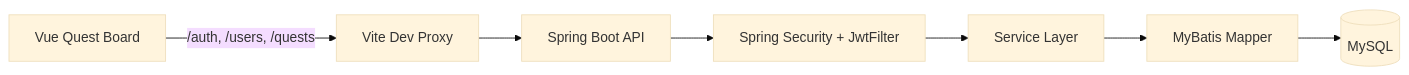
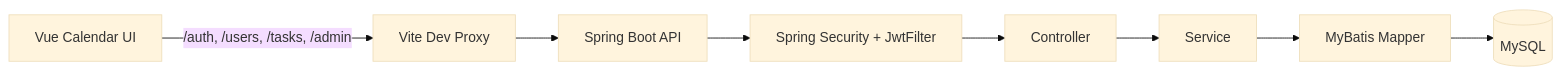
Before and after one commit to yonghuun/spring-toy-backend: the first of 3 diagrams in README.md, drawn with Mermaid (base theme). The commit also changed other lines of this file, not shown here.

Commit message:
docs: update README for task calendar API

````diff
--- a/README.md
+++ b/README.md
@@ -21,9 +20,10 @@
 ```mermaid
 flowchart LR
-    Browser[Vue Quest Board] -->|/auth, /users, /quests| Vite[Vite Dev Proxy]
+    Browser[Vue Calendar UI] -->|/auth, /users, /tasks, /admin| Vite[Vite Dev Proxy]
     Vite --> Spring[Spring Boot API]
     Spring --> Security[Spring Security + JwtFilter]
-    Security --> Service[Service Layer]
+    Security --> Controller[Controller]
+    Controller --> Service[Service]
     Service --> Mapper[MyBatis Mapper]
     Mapper --> MySQL[(MySQL)]
 ```
````
